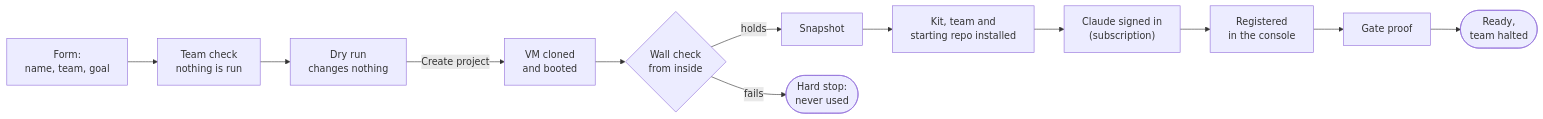
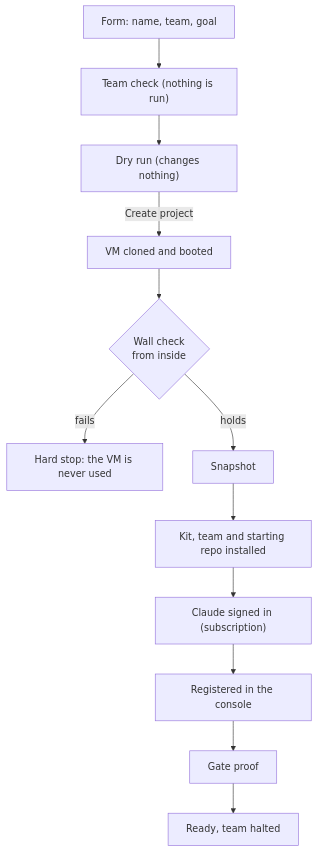
One commit to awall451/ziggurat changed the seventh of 7 diagrams in README.md. Above: the diagram before and after it, drawn with Mermaid. The commit also changed other lines of this file, not shown here.

First line of the commit message:
README: diagrams that read well in GitHub's dark and light themes

````diff
--- a/README.md
+++ b/README.md
@@ -262,14 +254,14 @@
 ```mermaid
-flowchart LR
-    f["Form:<br/>name, team, goal"] --> c["Team check<br/>nothing is run"]
-    c --> d["Dry run<br/>changes nothing"]
-    d -- "Create project" --> v["VM cloned<br/>and booted"]
+flowchart TD
+    f["Form: name, team, goal"] --> c["Team check (nothing is run)"]
+    c --> d["Dry run (changes nothing)"]
+    d -- "Create project" --> v["VM cloned and booted"]
     v --> w{"Wall check<br/>from inside"}
+    w -- "fails" --> x["Hard stop: the VM is never used"]
     w -- "holds" --> s["Snapshot"]
-    w -- "fails" --> x(["Hard stop:<br/>never used"])
-    s --> i["Kit, team and<br/>starting repo installed"]
-    i --> a["Claude signed in<br/>(subscription)"]
-    a --> r["Registered<br/>in the console"]
+    s --> i["Kit, team and starting repo installed"]
+    i --> a["Claude signed in (subscription)"]
+    a --> r["Registered in the console"]
     r --> p["Gate proof"]
-    p --> h(["Ready,<br/>team halted"])
+    p --> h["Ready, team halted"]
 ```
````
